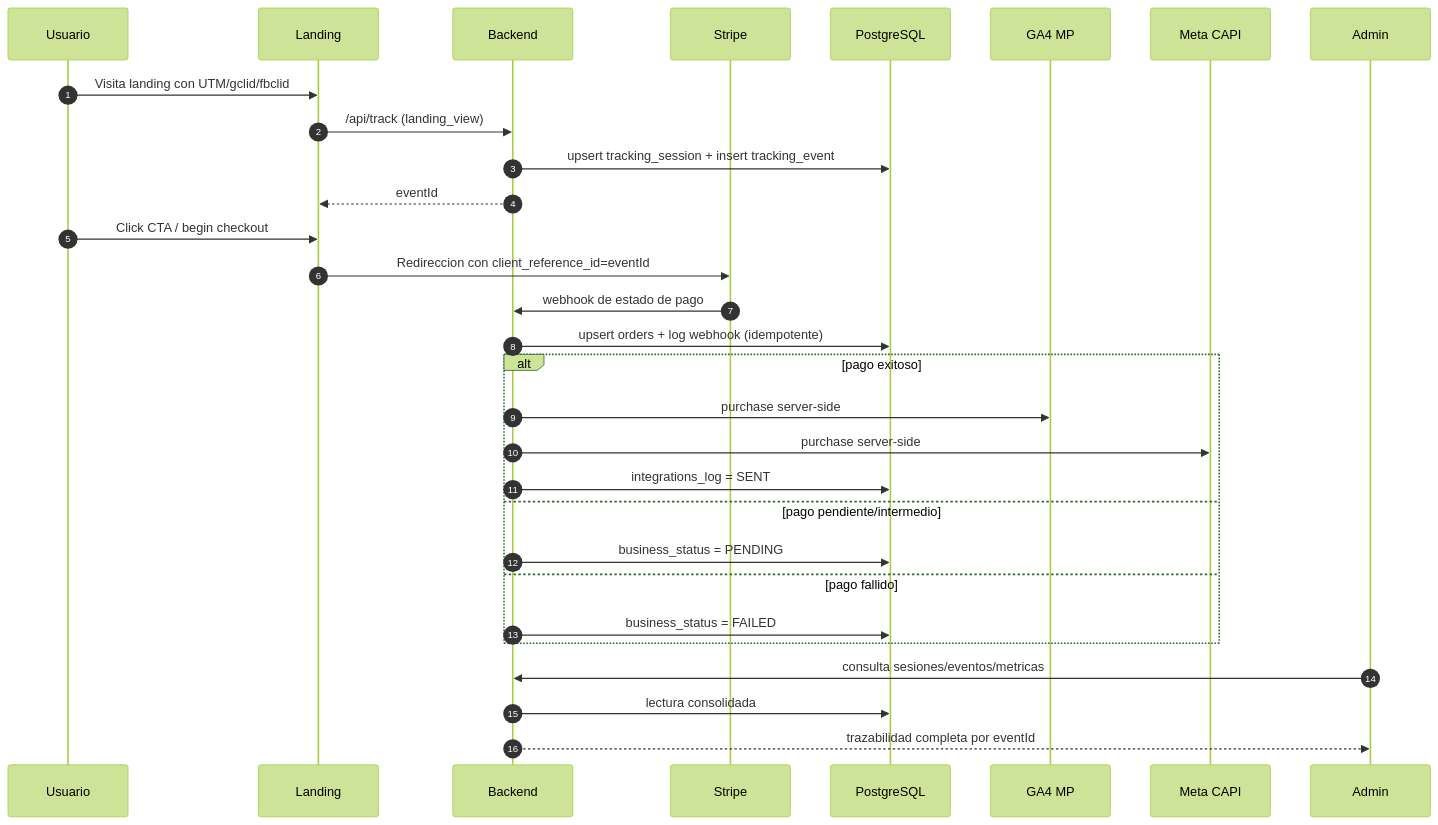
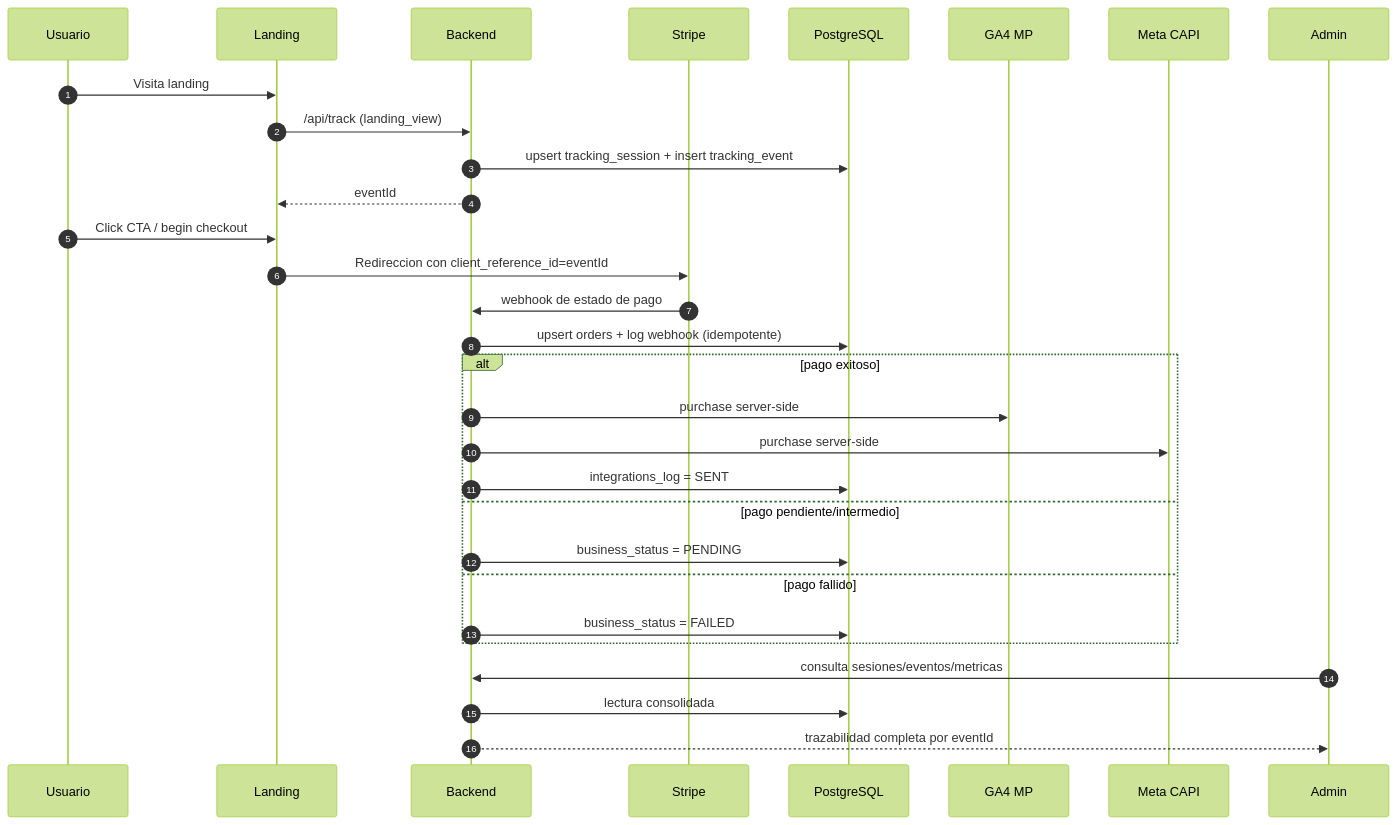
One commit to No-Country-simulation/S02-26-Equipo-15-Web-App-Development changed the second of 2 diagrams in README.md. Above: the diagram before and after it, drawn with Mermaid (forest theme). The commit also changed other lines of this file and 7 other files, not shown here.

````diff
--- a/README.md
+++ b/README.md
@@ -60,36 +60,36 @@
 ```mermaid
 sequenceDiagram
   autonumber
   participant U as Usuario
   participant L as Landing
   participant API as Backend
   participant ST as Stripe
   participant DB as PostgreSQL
   participant GA as GA4 MP
   participant META as Meta CAPI
   participant AD as Admin
 
-  U->>L: Visita landing con UTM/gclid/fbclid
+  U->>L: Visita landing
   L->>API: /api/track (landing_view)
   API->>DB: upsert tracking_session + insert tracking_event
   API-->>L: eventId
 
   U->>L: Click CTA / begin checkout
   L->>ST: Redireccion con client_reference_id=eventId
   ST->>API: webhook de estado de pago
   API->>DB: upsert orders + log webhook (idempotente)
 
   alt pago exitoso
     API->>GA: purchase server-side
     API->>META: purchase server-side
     API->>DB: integrations_log = SENT
   else pago pendiente/intermedio
     API->>DB: business_status = PENDING
   else pago fallido
     API->>DB: business_status = FAILED
   end
 
   AD->>API: consulta sesiones/eventos/metricas
   API->>DB: lectura consolidada
   API-->>AD: trazabilidad completa por eventId
 ```
````
